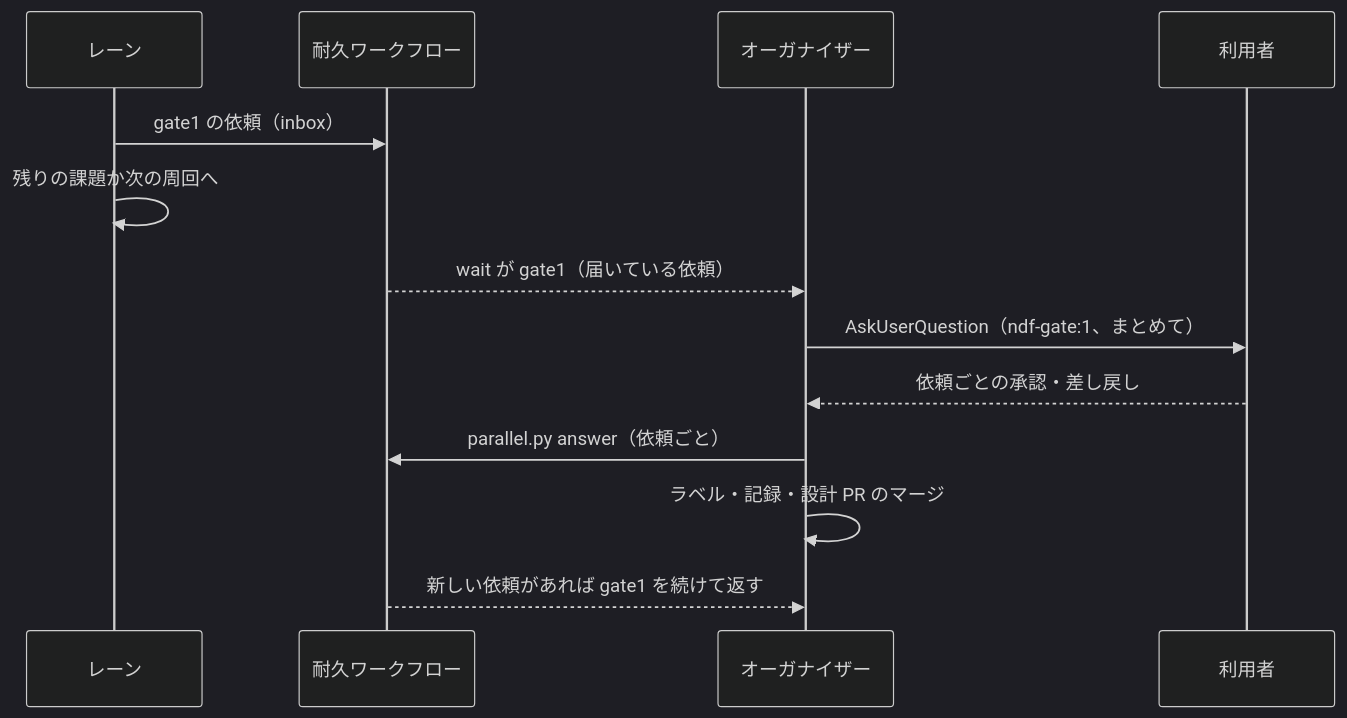
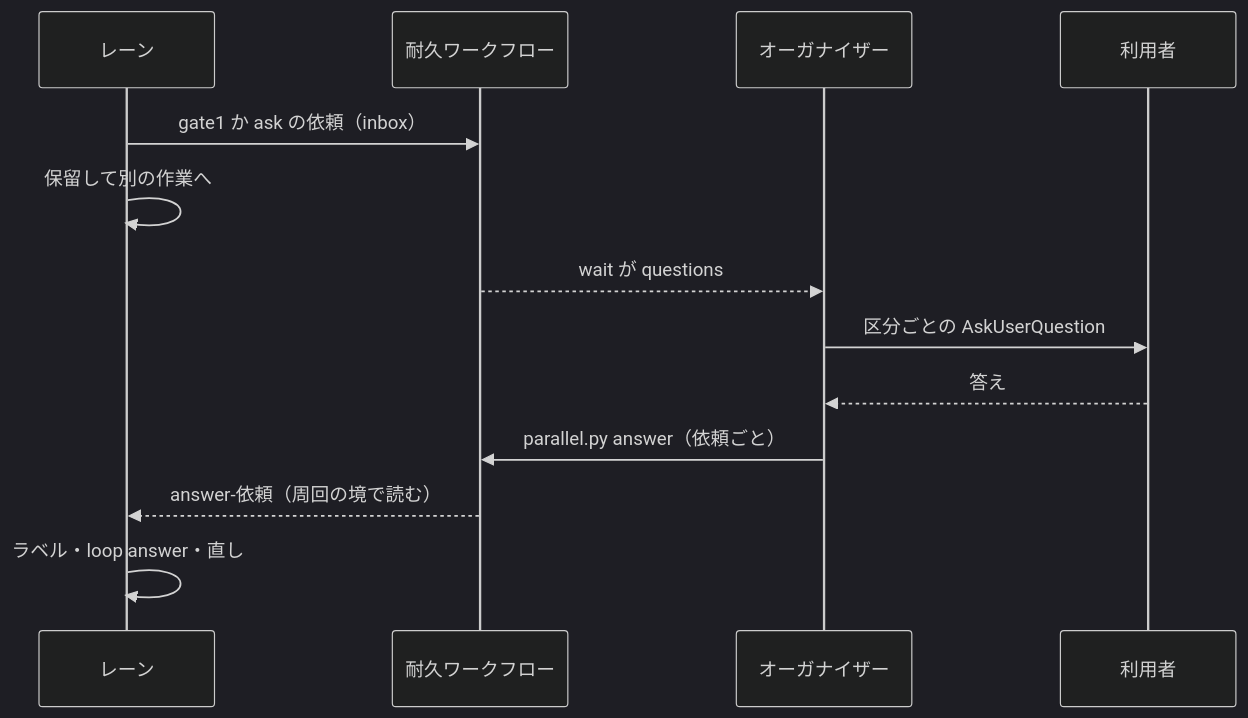
Before and after one commit to devbasex/ai-plugins: the diagram in issues/issue-2436-design-approvals.md, drawn with Mermaid (dark theme). The commit also changed other lines of this file and 5 other files, not shown here.

````diff
--- a/issues/issue-2436-design-approvals.md
+++ b/issues/issue-2436-design-approvals.md
@@ -37,15 +65,15 @@
 ```mermaid
 sequenceDiagram
     participant L as レーン
     participant W as 耐久ワークフロー
     participant O as オーガナイザー
     participant U as 利用者
-    L->>W: gate1 の依頼（inbox）
-    L->>L: 残りの課題か次の周回へ
-    W-->>O: wait が gate1（届いている依頼）
-    O->>U: AskUserQuestion（ndf-gate:1、まとめて）
-    U-->>O: 依頼ごとの承認・差し戻し
+    L->>W: gate1 か ask の依頼（inbox）
+    L->>L: 保留して別の作業へ
+    W-->>O: wait が questions
+    O->>U: 区分ごとの AskUserQuestion
+    U-->>O: 答え
     O->>W: parallel.py answer（依頼ごと）
-    O->>O: ラベル・記録・設計 PR のマージ
-    W-->>O: 新しい依頼があれば gate1 を続けて返す
+    W-->>L: answer-依頼（周回の境で読む）
+    L->>L: ラベル・loop answer・直し
 ```
````
